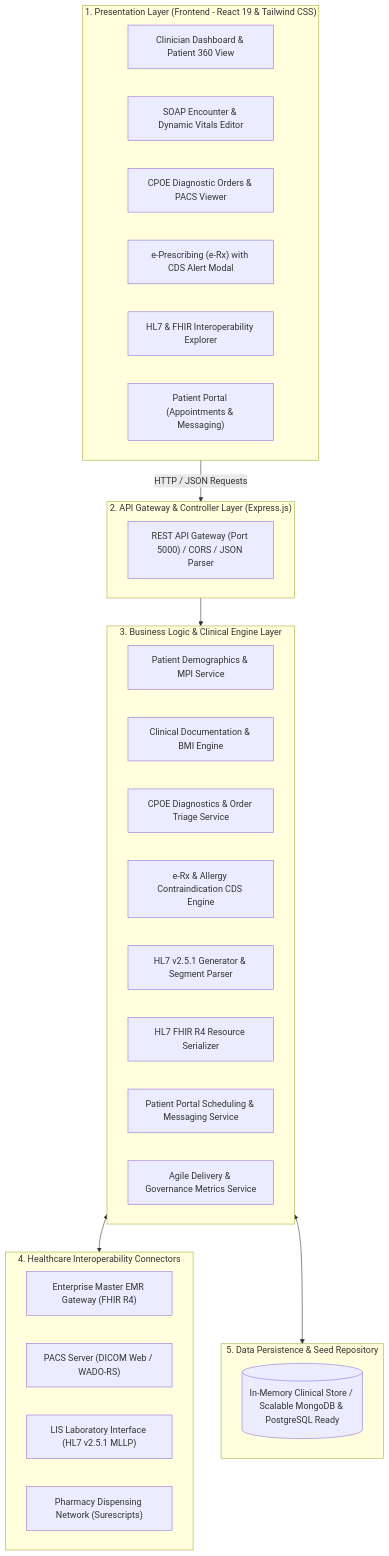
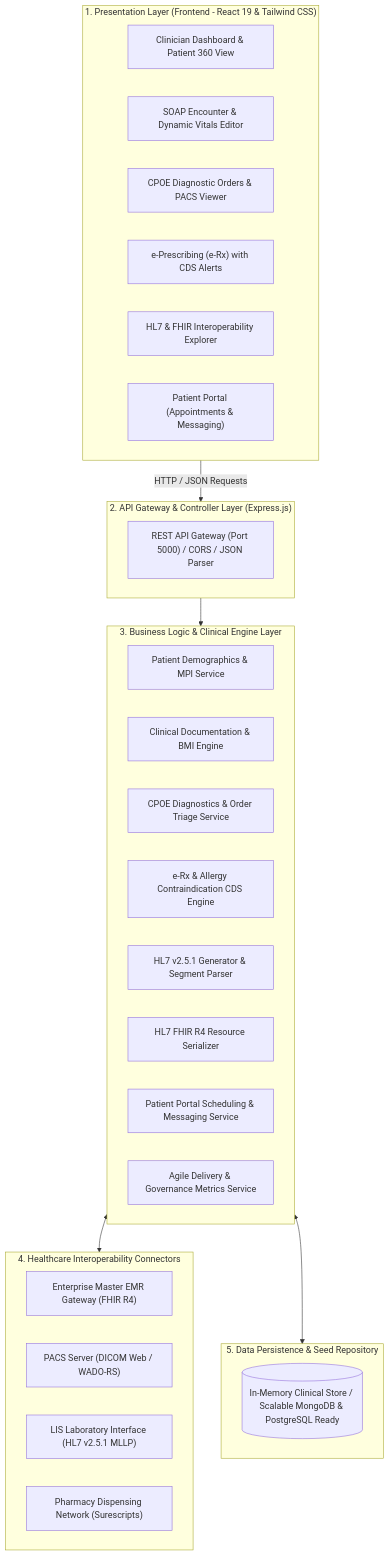
The first of 2 diagrams in PROJECT_SYNOPSIS_REPORT.md (sangal-vanshi21/EHRS-health-record), drawn with Mermaid before and after one commit. The commit also changed other lines of this file and 2 other files, not shown here.

````diff
--- a/PROJECT_SYNOPSIS_REPORT.md
+++ b/PROJECT_SYNOPSIS_REPORT.md
@@ -34,42 +34,42 @@
 ```mermaid
 flowchart TD
     subgraph ClientLayer ["1. Presentation Layer (Frontend - React 19 & Tailwind CSS)"]
         UI1["Clinician Dashboard & Patient 360 View"]
         UI2["SOAP Encounter & Dynamic Vitals Editor"]
         UI3["CPOE Diagnostic Orders & PACS Viewer"]
-        UI4["e-Prescribing (e-Rx) with CDS Alert Modal"]
+        UI4["e-Prescribing (e-Rx) with CDS Alerts"]
         UI5["HL7 & FHIR Interoperability Explorer"]
         UI6["Patient Portal (Appointments & Messaging)"]
     end
 
     subgraph GatewayLayer ["2. API Gateway & Controller Layer (Express.js)"]
         GW["REST API Gateway (Port 5000) / CORS / JSON Parser"]
     end
 
     subgraph ServiceLayer ["3. Business Logic & Clinical Engine Layer"]
         S1["Patient Demographics & MPI Service"]
         S2["Clinical Documentation & BMI Engine"]
         S3["CPOE Diagnostics & Order Triage Service"]
         S4["e-Rx & Allergy Contraindication CDS Engine"]
         S5["HL7 v2.5.1 Generator & Segment Parser"]
         S6["HL7 FHIR R4 Resource Serializer"]
         S7["Patient Portal Scheduling & Messaging Service"]
         S8["Agile Delivery & Governance Metrics Service"]
     end
 
     subgraph InteropLayer ["4. Healthcare Interoperability Connectors"]
         INT1["Enterprise Master EMR Gateway (FHIR R4)"]
         INT2["PACS Server (DICOM Web / WADO-RS)"]
         INT3["LIS Laboratory Interface (HL7 v2.5.1 MLLP)"]
         INT4["Pharmacy Dispensing Network (Surescripts)"]
     end
 
     subgraph DataLayer ["5. Data Persistence & Seed Repository"]
         DB[("In-Memory Clinical Store / Scalable MongoDB & PostgreSQL Ready")]
     end
 
     ClientLayer -->|HTTP / JSON Requests| GatewayLayer
     GatewayLayer --> ServiceLayer
     ServiceLayer <--> InteropLayer
     ServiceLayer <--> DataLayer
 ```
````
